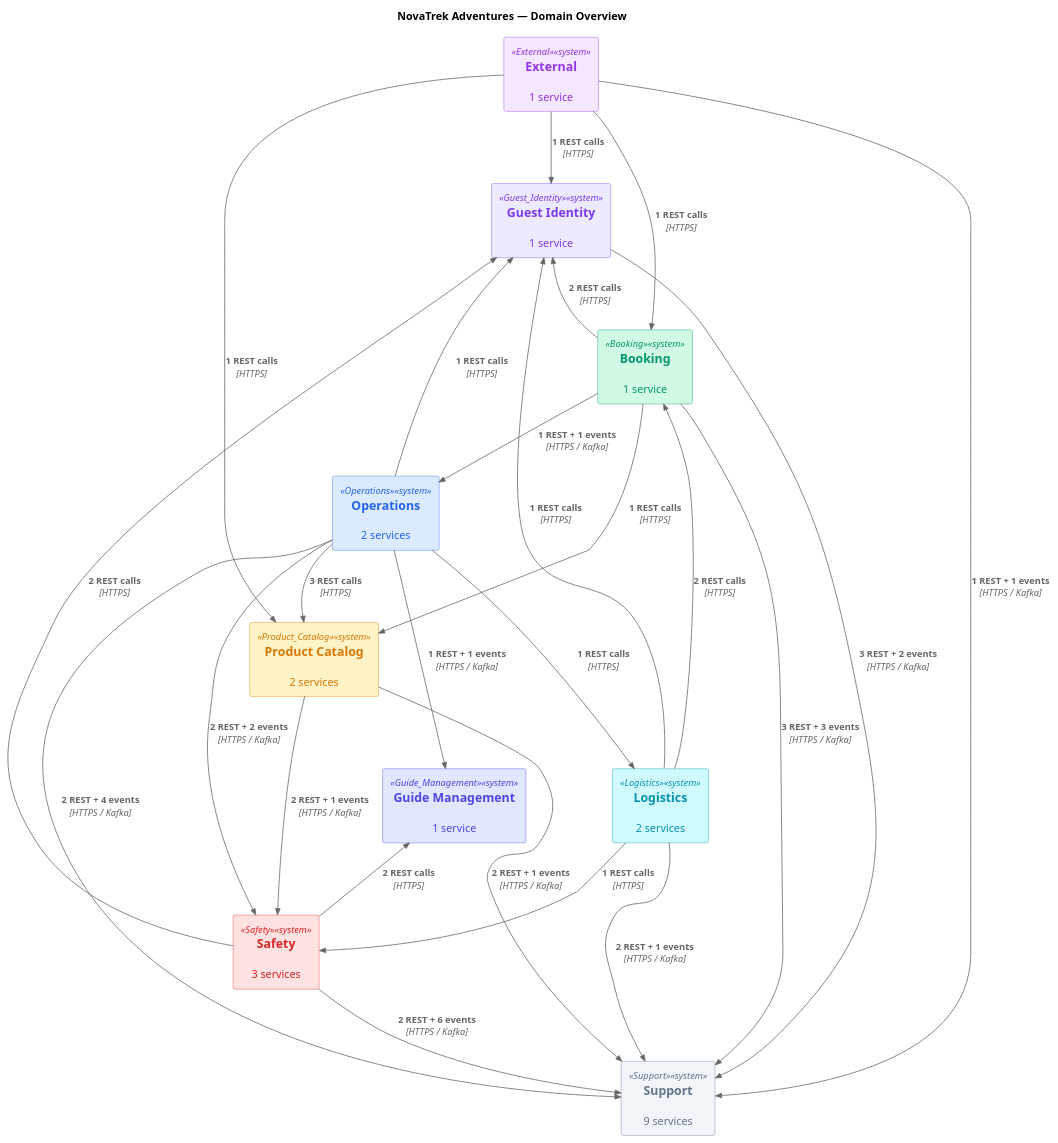
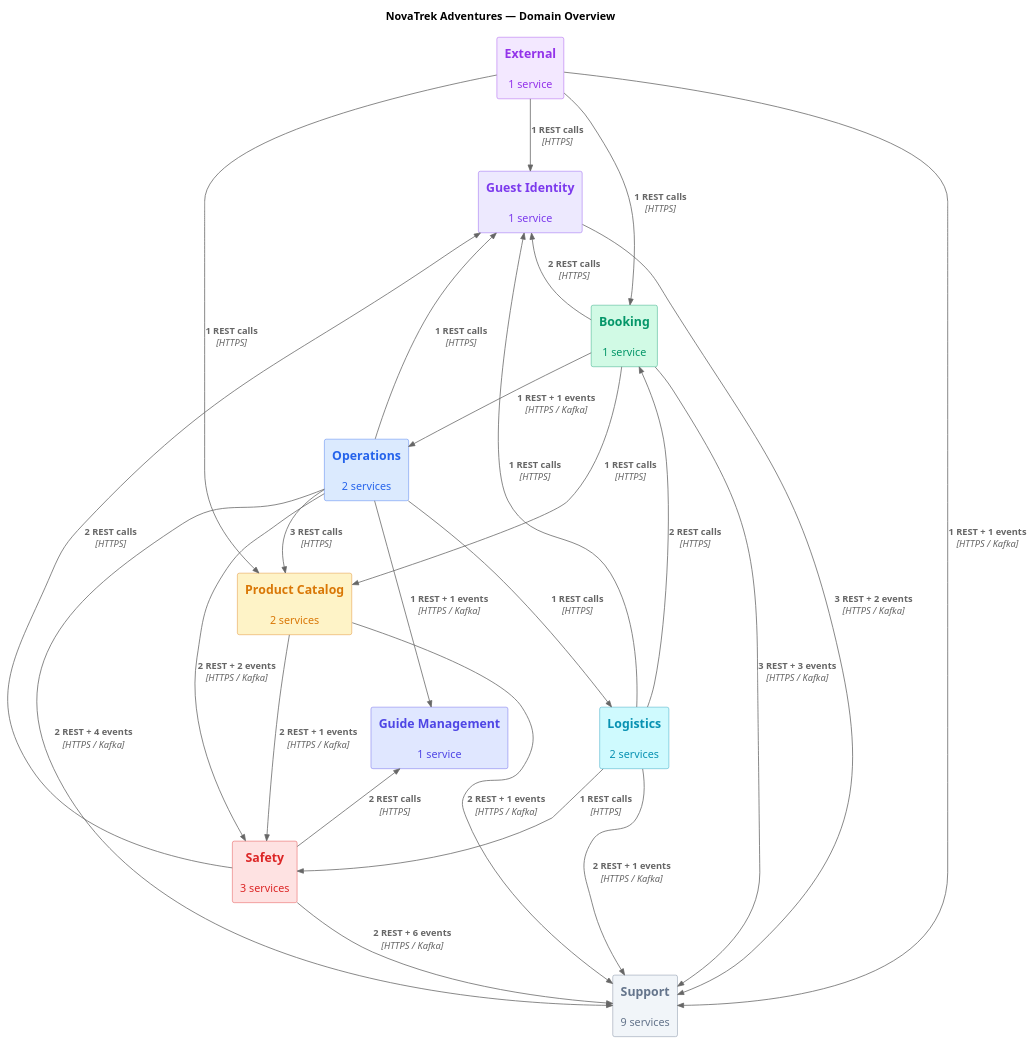
The diagram in portal/docs/topology/puml/topology-domain-overview.puml (christopherblaisdell/continuous-architecture-platform-poc), drawn with PlantUML before and after one commit. The commit also changed 2 other files, not shown here.

Commit message:
fix: hide stereotype labels on system overview diagram
Add HIDE_STEREOTYPE() to remove ugly «Booking» «system» labels from
domain nodes in the overview C4 diagram.

```diff
--- a/portal/docs/topology/puml/topology-domain-overview.puml
+++ b/portal/docs/topology/puml/topology-domain-overview.puml
@@ -1,65 +1,66 @@
 @startuml
 !include <c4/C4_Context>
 
 LAYOUT_TOP_DOWN()
+HIDE_STEREOTYPE()
 
 AddRelTag("kafka", $lineStyle=DashedLine(), $lineColor="#7c3aed", $textColor="#7c3aed")
 
 title NovaTrek Adventures — Domain Overview
 
 AddElementTag("Booking", $bgColor="#D1FAE5", $borderColor="#059669", $fontColor="#059669")
 AddElementTag("External", $bgColor="#F3E8FF", $borderColor="#9333ea", $fontColor="#9333ea")
 AddElementTag("Guest_Identity", $bgColor="#EDE9FE", $borderColor="#7c3aed", $fontColor="#7c3aed")
 AddElementTag("Guide_Management", $bgColor="#E0E7FF", $borderColor="#4f46e5", $fontColor="#4f46e5")
 AddElementTag("Logistics", $bgColor="#CFFAFE", $borderColor="#0891b2", $fontColor="#0891b2")
 AddElementTag("Operations", $bgColor="#DBEAFE", $borderColor="#2563eb", $fontColor="#2563eb")
 AddElementTag("Product_Catalog", $bgColor="#FEF3C7", $borderColor="#d97706", $fontColor="#d97706")
 AddElementTag("Safety", $bgColor="#FEE2E2", $borderColor="#dc2626", $fontColor="#dc2626")
 AddElementTag("Support", $bgColor="#F1F5F9", $borderColor="#64748b", $fontColor="#64748b")
 
 System(Booking, "Booking", "1 service", $link="/topology/domain-views/#booking", $tags="Booking")
 System(External, "External", "1 service", $link="/topology/domain-views/#external", $tags="External")
 System(Guest_Identity, "Guest Identity", "1 service", $link="/topology/domain-views/#guest-identity", $tags="Guest_Identity")
 System(Guide_Management, "Guide Management", "1 service", $link="/topology/domain-views/#guide-management", $tags="Guide_Management")
 System(Logistics, "Logistics", "2 services", $link="/topology/domain-views/#logistics", $tags="Logistics")
 System(Operations, "Operations", "2 services", $link="/topology/domain-views/#operations", $tags="Operations")
 System(Product_Catalog, "Product Catalog", "2 services", $link="/topology/domain-views/#product-catalog", $tags="Product_Catalog")
 System(Safety, "Safety", "3 services", $link="/topology/domain-views/#safety", $tags="Safety")
 System(Support, "Support", "9 services", $link="/topology/domain-views/#support", $tags="Support")
 
 Rel(Booking, Guest_Identity, "2 REST calls", "HTTPS")
 Rel(Booking, Operations, "1 REST + 1 events", "HTTPS / Kafka")
 Rel(Booking, Product_Catalog, "1 REST calls", "HTTPS")
 Rel(Booking, Support, "3 REST + 3 events", "HTTPS / Kafka")
 Rel(External, Booking, "1 REST calls", "HTTPS")
 Rel(External, Guest_Identity, "1 REST calls", "HTTPS")
 Rel(External, Product_Catalog, "1 REST calls", "HTTPS")
 Rel(External, Support, "1 REST + 1 events", "HTTPS / Kafka")
 Rel(Guest_Identity, Support, "3 REST + 2 events", "HTTPS / Kafka")
 Rel(Logistics, Booking, "2 REST calls", "HTTPS")
 Rel(Logistics, Guest_Identity, "1 REST calls", "HTTPS")
 Rel(Logistics, Safety, "1 REST calls", "HTTPS")
 Rel(Logistics, Support, "2 REST + 1 events", "HTTPS / Kafka")
 Rel(Operations, Guest_Identity, "1 REST calls", "HTTPS")
 Rel(Operations, Guide_Management, "1 REST + 1 events", "HTTPS / Kafka")
 Rel(Operations, Logistics, "1 REST calls", "HTTPS")
 Rel(Operations, Product_Catalog, "3 REST calls", "HTTPS")
 Rel(Operations, Safety, "2 REST + 2 events", "HTTPS / Kafka")
 Rel(Operations, Support, "2 REST + 4 events", "HTTPS / Kafka")
 Rel(Product_Catalog, Safety, "2 REST + 1 events", "HTTPS / Kafka")
 Rel(Product_Catalog, Support, "2 REST + 1 events", "HTTPS / Kafka")
 Rel(Safety, Guest_Identity, "2 REST calls", "HTTPS")
 Rel(Safety, Guide_Management, "2 REST calls", "HTTPS")
 Rel(Safety, Support, "2 REST + 6 events", "HTTPS / Kafka")
 
 ' Layout hints: 3-row grid
 Lay_R(External, Guest_Identity)
 Lay_R(Guest_Identity, Booking)
 Lay_D(External, Product_Catalog)
 Lay_R(Product_Catalog, Operations)
 Lay_R(Operations, Safety)
 Lay_D(Product_Catalog, Guide_Management)
 Lay_R(Guide_Management, Logistics)
 Lay_R(Logistics, Support)
 
 @enduml
```
